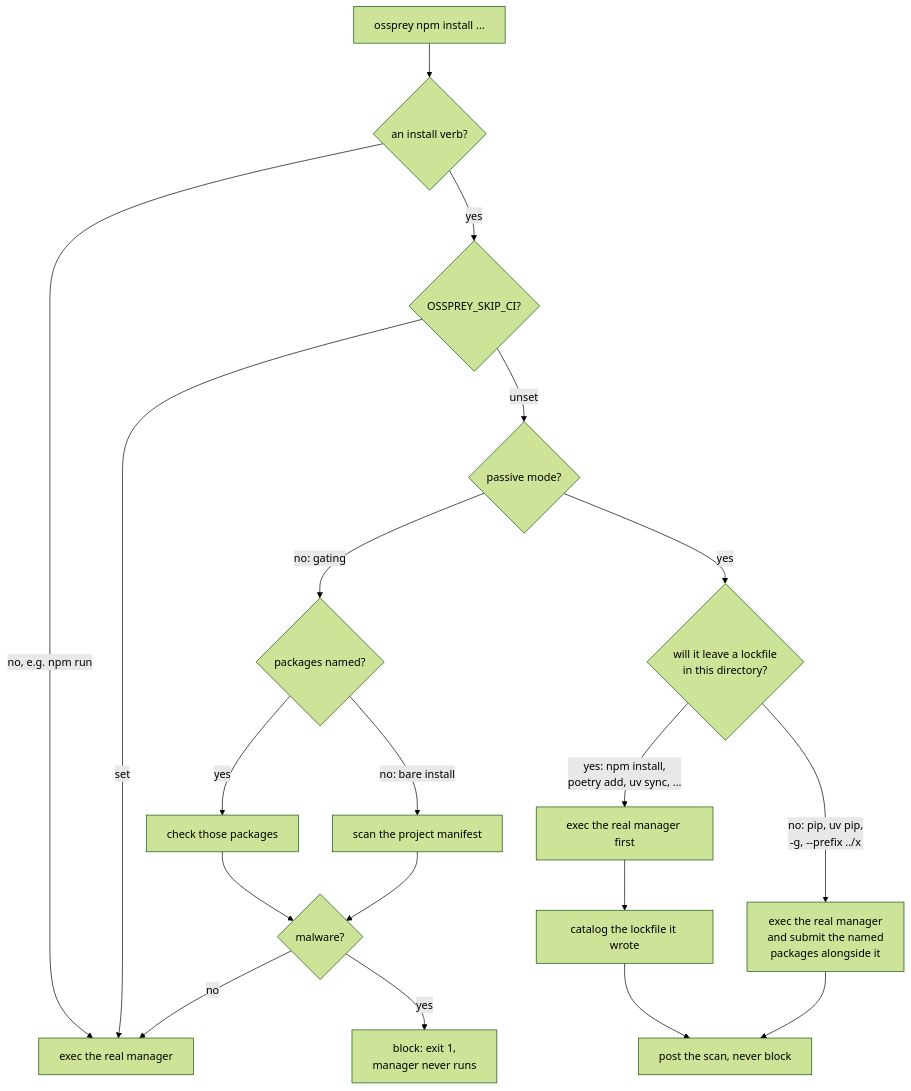
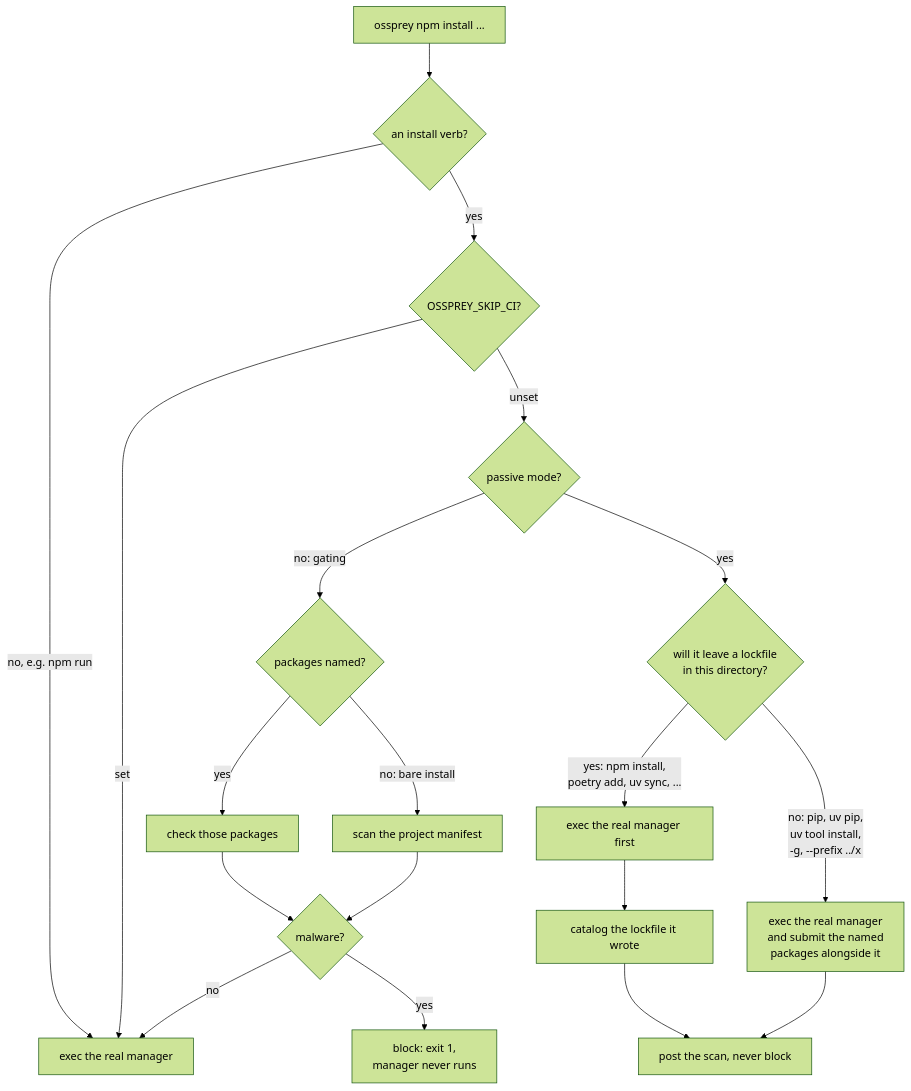
One commit to ossprey/ossprey-cli changed the second of 3 diagrams in docs/architecture.md. Above: the diagram before and after it, drawn with Mermaid (forest theme). The commit also changed other lines of this file and 4 other files, not shown here.

First line of the commit message:
forward: check uv tool install, uv pip sync and uv lock

````diff
--- a/docs/architecture.md
+++ b/docs/architecture.md
@@ -48,23 +48,23 @@
 ```mermaid
 flowchart TD
     S["ossprey npm install ..."] --> T{"an install verb?"}
     T -- "no, e.g. npm run" --> U["exec the real manager"]
     T -- "yes" --> V{"OSSPREY_SKIP_CI?"}
     V -- "set" --> U
     V -- "unset" --> W{"passive mode?"}
 
     W -- "no: gating" --> X{"packages named?"}
     X -- "yes" --> Y["check those packages"]
     X -- "no: bare install" --> Z["scan the project manifest"]
     Y --> AA{"malware?"}
     Z --> AA
     AA -- "yes" --> AB["block: exit 1,<br/>manager never runs"]
     AA -- "no" --> U
 
     W -- "yes" --> AC{"will it leave a lockfile<br/>in this directory?"}
     AC -- "yes: npm install,<br/>poetry add, uv sync, ..." --> AD["exec the real manager first"]
     AD --> AE["catalog the lockfile it wrote"]
     AE --> AF["post the scan, never block"]
-    AC -- "no: pip, uv pip,<br/>-g, --prefix ../x" --> AG["exec the real manager<br/>and submit the named<br/>packages alongside it"]
+    AC -- "no: pip, uv pip,<br/>uv tool install,<br/>-g, --prefix ../x" --> AG["exec the real manager<br/>and submit the named<br/>packages alongside it"]
     AG --> AF
 ```
````
